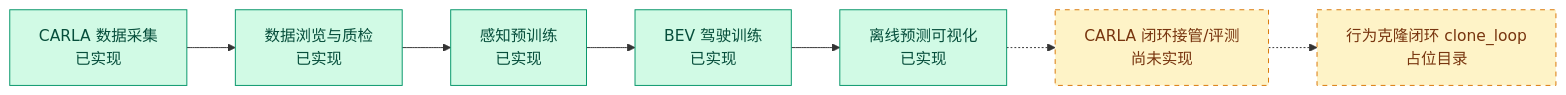
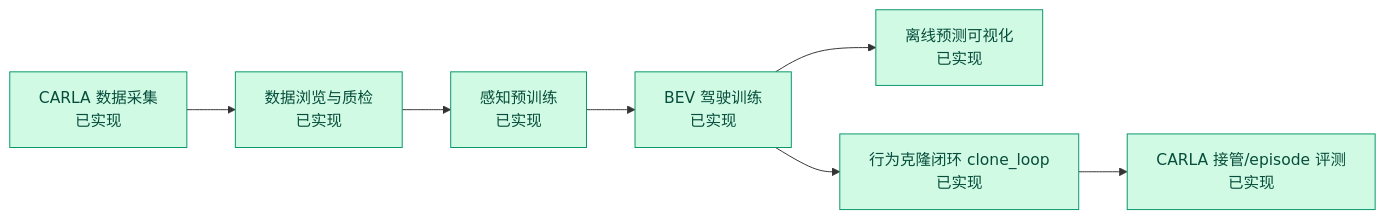
The first of 9 diagrams in README.md (ByteDriveTeam/ByteDrive-Toy), drawn with Mermaid before and after one commit. The commit also changed other lines of this file, not shown here.

````diff
--- a/README.md
+++ b/README.md
@@ -78,14 +82,12 @@
 ```mermaid
 flowchart LR
     A["CARLA 数据采集<br/>已实现"] --> B["数据浏览与质检<br/>已实现"]
     B --> C["感知预训练<br/>已实现"]
     C --> D["BEV 驾驶训练<br/>已实现"]
     D --> E["离线预测可视化<br/>已实现"]
-    E -.-> F["CARLA 闭环接管/评测<br/>尚未实现"]
-    F -.-> G["行为克隆闭环 clone_loop<br/>占位目录"]
+    D --> F["行为克隆闭环 clone_loop<br/>已实现"]
+    F --> G["CARLA 接管/episode 评测<br/>已实现"]
 
     classDef done fill:#d1fae5,stroke:#059669,color:#064e3b;
-    classDef todo fill:#fef3c7,stroke:#d97706,color:#78350f,stroke-dasharray: 5 5;
-    class A,B,C,D,E done;
-    class F,G todo;
+    class A,B,C,D,E,F,G done;
 ```
````
